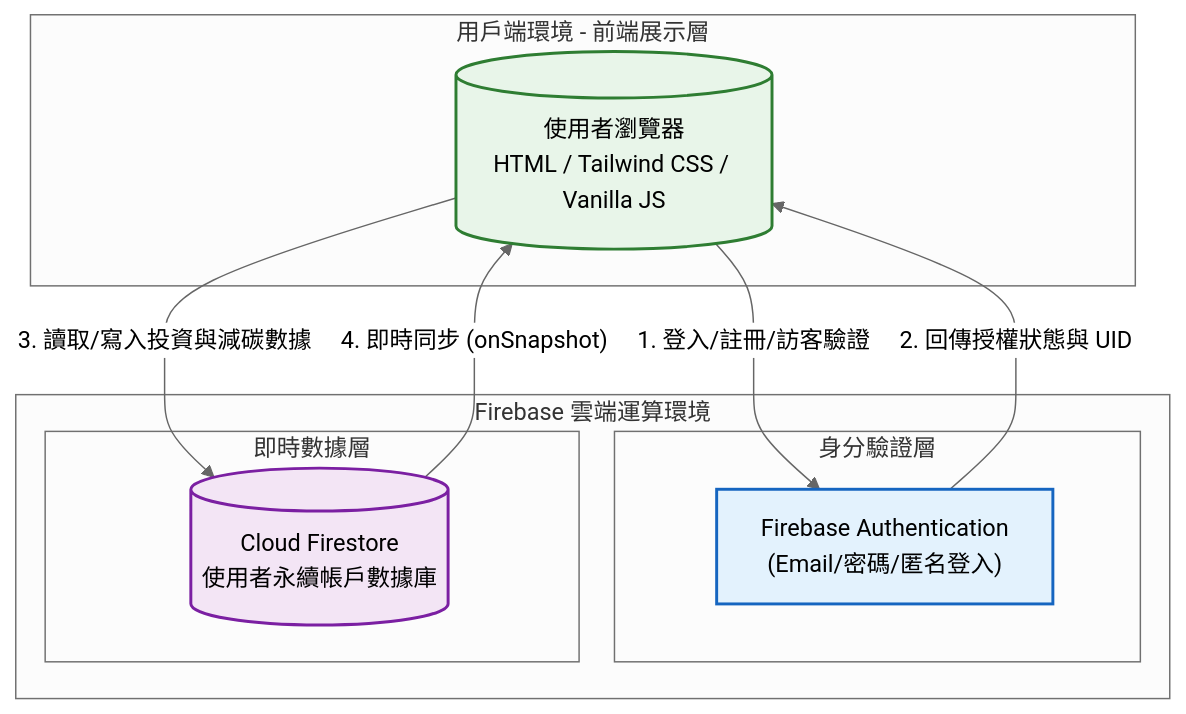
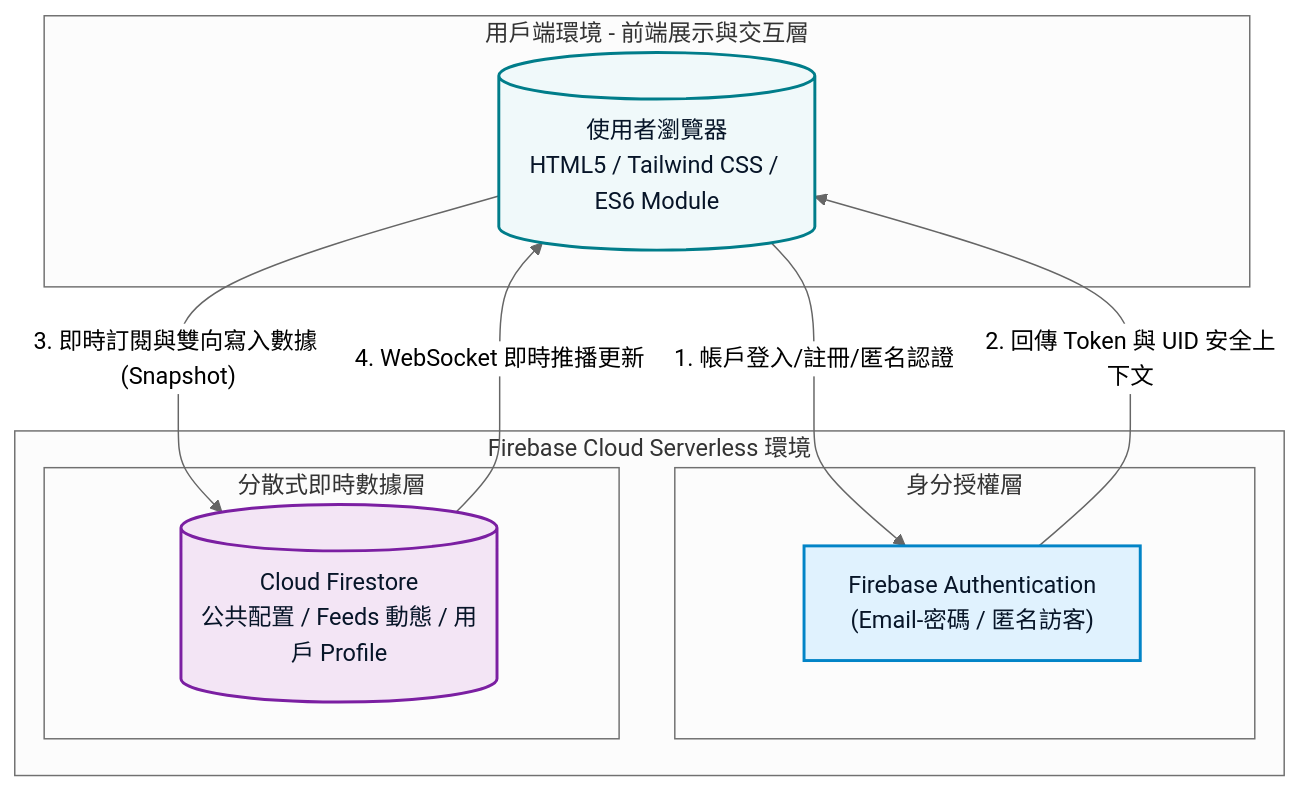
Before and after one commit to tanji2026/twenergy: the diagram in README.md, drawn with Mermaid (neutral theme). The commit also changed other lines of this file, not shown here.

````diff
--- a/README.md
+++ b/README.md
@@ -17,34 +19,35 @@
 ```mermaid
 graph TD
     %% 定義樣式顏色
-    classDef client fill:#e8f5e9,stroke:#2e7d32,stroke-width:2px,color:black
-    classDef auth fill:#e3f2fd,stroke:#1565c0,stroke-width:2px,color:black
-    classDef logic fill:#fff3e0,stroke:#e65100,stroke-width:2px,color:black
-    classDef data fill:#f3e5f5,stroke:#7b1fa2,stroke-width:2px,color:black
+    classDef client fill:#f0f9fa,stroke:#007d8a,stroke-width:2px,color:#071528
+    classDef auth fill:#e0f2fe,stroke:#0284c7,stroke-width:2px,color:#071528
+    classDef logic fill:#fef3c7,stroke:#d97706,stroke-width:2px,color:#071528
+    classDef data fill:#f3e5f5,stroke:#7b1fa2,stroke-width:2px,color:#071528
 
     %% 1. 用戶端環境
-    subgraph Client_Zone [用戶端環境 - 前端展示層]
-        Browser[("使用者瀏覽器<br>HTML / Tailwind CSS / Vanilla JS")]:::client
+    subgraph Client_Zone [用戶端環境 - 前端展示與交互層]
+        Browser[("使用者瀏覽器<br>HTML5 / Tailwind CSS / ES6 Module")]:::client
     end
 
     %% 2. 雲端後端與數據層 (Firebase)
-    subgraph Cloud_Service [Firebase 雲端運算環境]
+    subgraph Cloud_Service [Firebase Cloud Serverless 環境]
         
         %% 驗證與授權層
-        subgraph Auth_Layer [身分驗證層]
-            FirebaseAuth["Firebase Authentication<br>(Email/密碼/匿名登入)"]:::auth
+        subgraph Auth_Layer [身分授權層]
+            FirebaseAuth["Firebase Authentication<br>(Email-密碼 / 匿名訪客)"]:::auth
         end
 
         %% 業務邏輯與數據交互
-        subgraph Data_Layer [即時數據層]
-            Firestore[("Cloud Firestore<br>使用者永續帳戶數據庫")]:::data
+        subgraph Data_Layer [分散式即時數據層]
+            Firestore[("Cloud Firestore<br>公共配置 / Feeds 動態 / 用戶 Profile")]:::data
         end
 
     end
 
     %% 3. 資料流向連線
-    Browser -- "1. 登入/註冊/訪客驗證" --> FirebaseAuth
-    FirebaseAuth -- "2. 回傳授權狀態與 UID" --> Browser
-    Browser -- "3. 讀取/寫入投資與減碳數據" --> Firestore
-    Firestore -- "4. 即時同步 (onSnapshot)" --> Browser
+    Browser -- "1. 帳戶登入/註冊/匿名認證" --> FirebaseAuth
+    FirebaseAuth -- "2. 回傳 Token 與 UID 安全上下文" --> Browser
+    Browser -- "3. 即時訂閱與雙向寫入數據 (Snapshot)" --> Firestore
+    Firestore -- "4. WebSocket 即時推播更新" --> Browser
+
 ```
````
